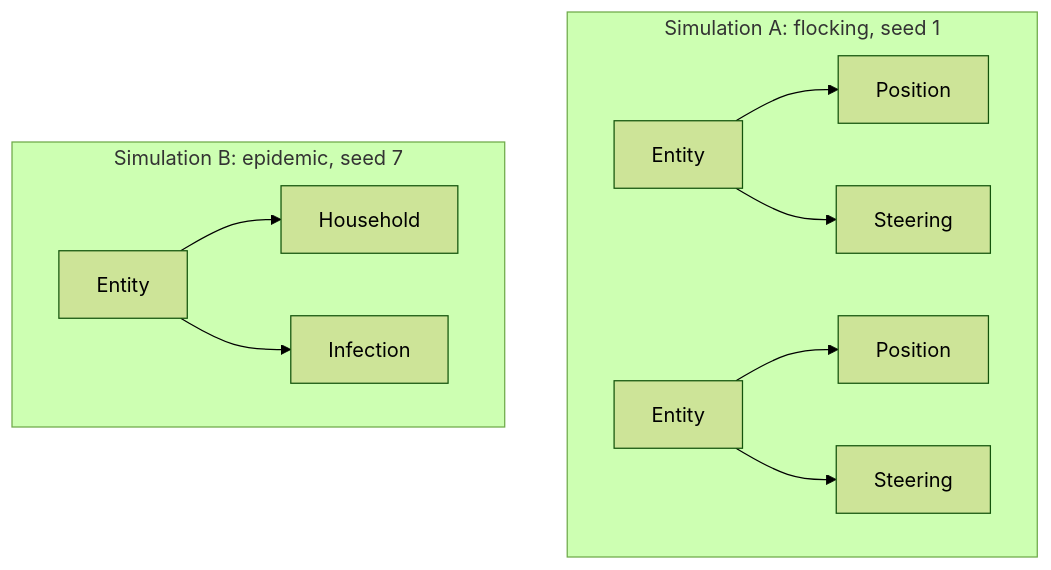
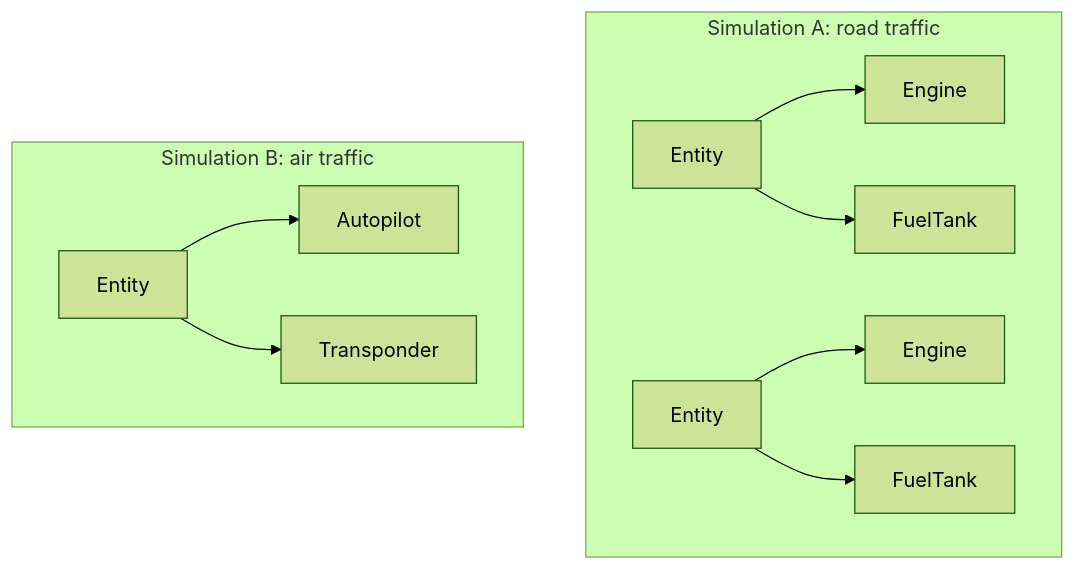
One commit to Andrew-Pollard/Invicta.Simulation changed the second of 4 diagrams in docs/design.md. Above: the diagram before and after it, drawn with Mermaid (forest theme). The commit also changed other lines of this file, not shown here.

````diff
--- a/docs/design.md
+++ b/docs/design.md
@@ -114,13 +121,13 @@
 ```mermaid
 flowchart TB
-    subgraph A [Simulation A: flocking, seed 1]
-        A1[Entity] --> A1a[Position]
-        A1 --> A1b[Steering]
-        A2[Entity] --> A2a[Position]
-        A2 --> A2b[Steering]
+    subgraph A [Simulation A: road traffic]
+        A1[Entity] --> A1a[Engine]
+        A1 --> A1b[FuelTank]
+        A2[Entity] --> A2a[Engine]
+        A2 --> A2b[FuelTank]
     end
-    subgraph B [Simulation B: epidemic, seed 7]
-        B1[Entity] --> B1a[Household]
-        B1 --> B1b[Infection]
+    subgraph B [Simulation B: air traffic]
+        B1[Entity] --> B1a[Autopilot]
+        B1 --> B1b[Transponder]
     end
 ```
````
